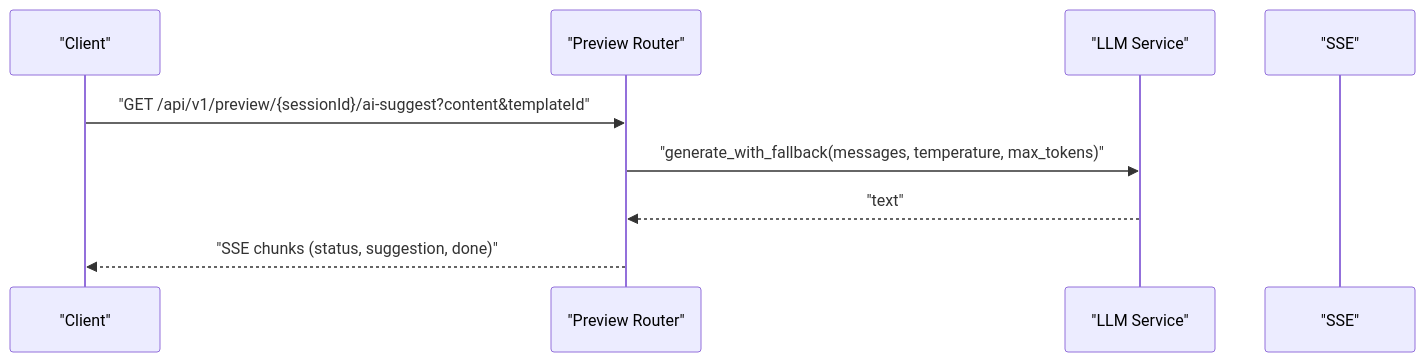
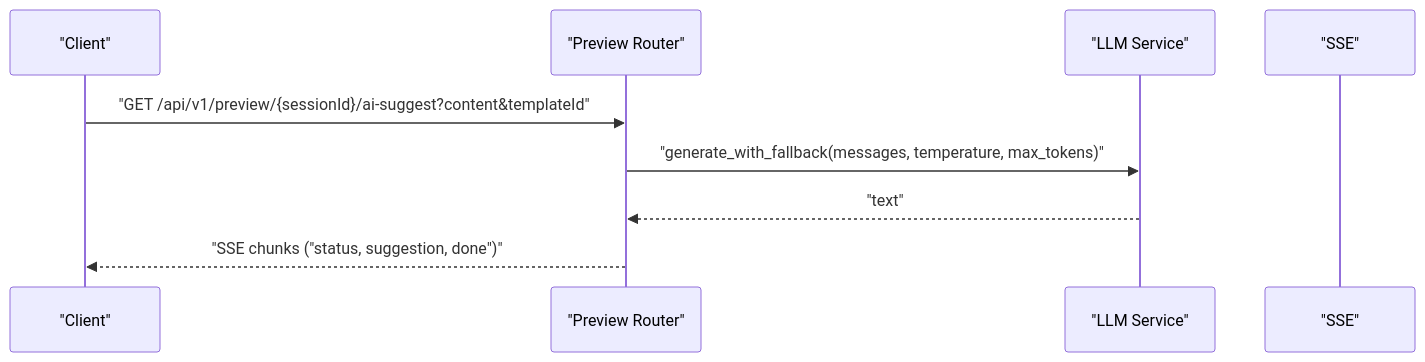
One commit to rohitkumarnaidu/ScholarFormAI changed the sixth of 7 diagrams in docs/docs/knowledge/Architecture Overview/Request Flows.md. Above: the diagram before and after it, drawn with Mermaid. The commit also changed other lines of this file and 611 other files, not shown here.

````diff
--- a/docs/docs/knowledge/Architecture Overview/Request Flows.md
+++ b/docs/docs/knowledge/Architecture Overview/Request Flows.md
@@ -298,11 +298,11 @@
 ```mermaid
 sequenceDiagram
 participant C as "Client"
 participant PR as "Preview Router"
 participant LLM as "LLM Service"
 participant SSE as "SSE"
 C->>PR : "GET /api/v1/preview/{sessionId}/ai-suggest?content&templateId"
 PR->>LLM : "generate_with_fallback(messages, temperature, max_tokens)"
 LLM-->>PR : "text"
-PR-->>C : "SSE chunks (status, suggestion, done)"
+PR-->>C : "SSE chunks ("status, suggestion, done")"
 ```
````
